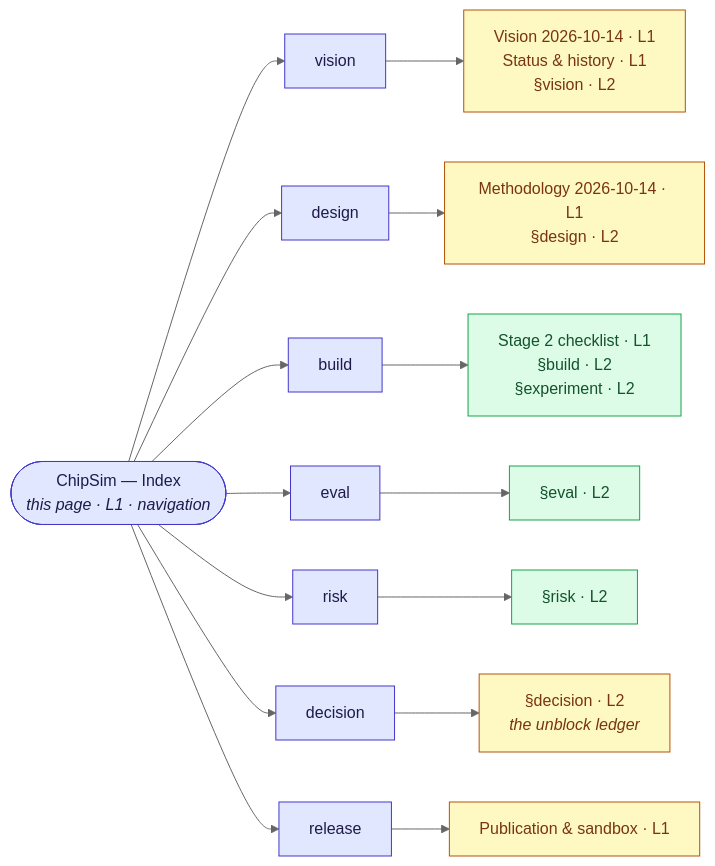
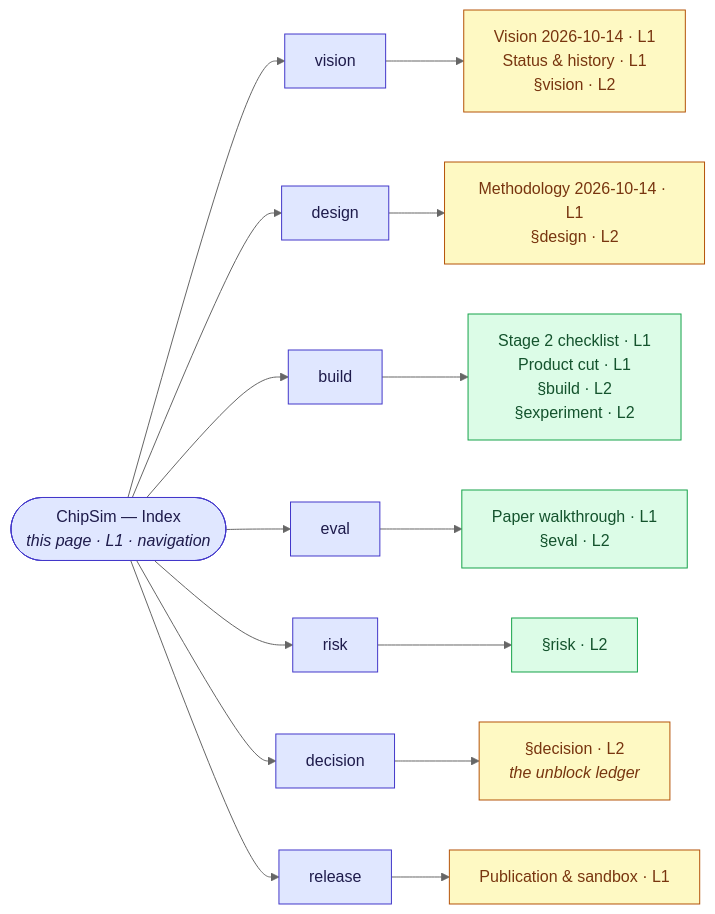
The diagram in docs/hacp/lung-on-chipsim/index.md (supmo668/bioFM), drawn with Mermaid (neutral theme) before and after one commit. The commit also changed other lines of this file, not shown here.

````diff
--- a/docs/hacp/lung-on-chipsim/index.md
+++ b/docs/hacp/lung-on-chipsim/index.md
@@ -19,22 +19,22 @@
 ```mermaid
 flowchart LR
   classDef phase fill:#e0e7ff,stroke:#4338ca,color:#1e1b4b
   classDef l1 fill:#fef9c3,stroke:#b45309,color:#78350f
   classDef l2 fill:#dcfce7,stroke:#16a34a,color:#14532d
   IDX(["ChipSim — Index<br><i>this page · L1 · navigation</i>"]):::phase
   V["vision"]:::phase
   D["design"]:::phase
   B["build"]:::phase
   E["eval"]:::phase
   R["risk"]:::phase
   DEC["decision"]:::phase
   REL["release"]:::phase
   IDX --> V & D & B & E & R & DEC & REL
   V --> V1["Vision 2026-10-14 · L1<br>Status & history · L1<br>§vision · L2"]:::l1
   D --> D1["Methodology 2026-10-14 · L1<br>§design · L2"]:::l1
-  B --> B1["Stage 2 checklist · L1<br>§build · L2<br>§experiment · L2"]:::l2
-  E --> E1["§eval · L2"]:::l2
+  B --> B1["Stage 2 checklist · L1<br>Product cut · L1<br>§build · L2<br>§experiment · L2"]:::l2
+  E --> E1["Paper walkthrough · L1<br>§eval · L2"]:::l2
   R --> R1["§risk · L2"]:::l2
   DEC --> DEC1["§decision · L2<br><i>the unblock ledger</i>"]:::l1
   REL --> REL1["Publication & sandbox · L1"]:::l1
 ```
````
